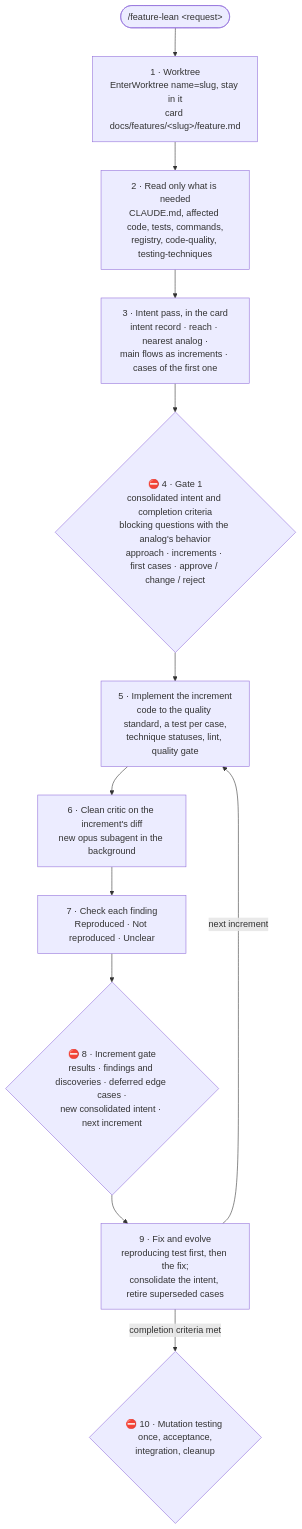
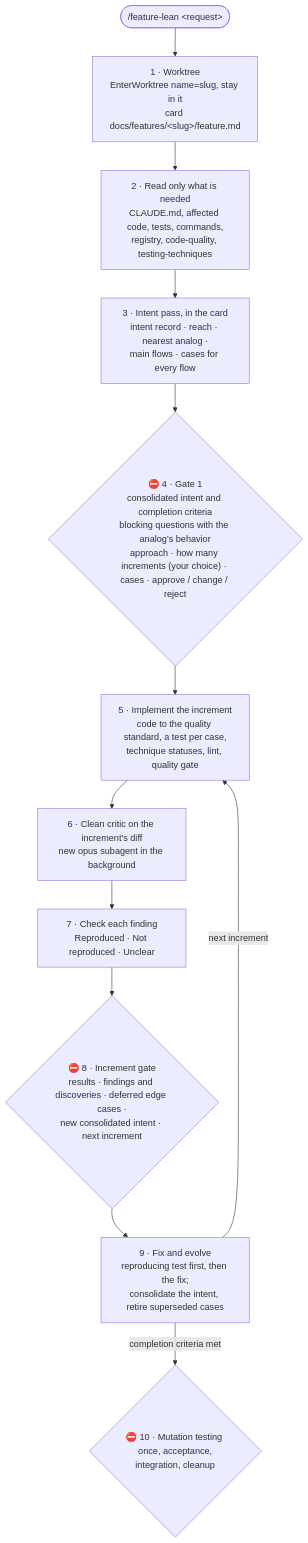
Before and after one commit to mariopedemonte12/claude-feature-workflow: the diagram in docs/lean.md, drawn with Mermaid. The commit also changed other lines of this file and 4 other files, not shown here.

First line of the commit message:
Let the programmer choose how many increments

````diff
--- a/docs/lean.md
+++ b/docs/lean.md
@@ -24,14 +24,14 @@
 ```mermaid
 flowchart TB
     R(["/feature-lean &lt;request&gt;"]) --> W["1 · Worktree<br/>EnterWorktree name=slug, stay in it<br/>card docs/features/&lt;slug&gt;/feature.md"]
     W --> RD["2 · Read only what is needed<br/>CLAUDE.md, affected code, tests, commands,<br/>registry, code-quality, testing-techniques"]
-    RD --> SP["3 · Intent pass, in the card<br/>intent record · reach · nearest analog ·<br/>main flows as increments · cases of the first one"]
-    SP --> G1{"⛔ 4 · Gate 1<br/>consolidated intent and completion criteria<br/>blocking questions with the analog's behavior<br/>approach · increments · first cases · approve / change / reject"}
+    RD --> SP["3 · Intent pass, in the card<br/>intent record · reach · nearest analog ·<br/>main flows · cases for every flow"]
+    SP --> G1{"⛔ 4 · Gate 1<br/>consolidated intent and completion criteria<br/>blocking questions with the analog's behavior<br/>approach · how many increments (your choice) · cases · approve / change / reject"}
     G1 --> IM["5 · Implement the increment<br/>code to the quality standard, a test per case,<br/>technique statuses, lint, quality gate"]
     IM --> CR["6 · Clean critic on the increment's diff<br/>new opus subagent in the background"]
     CR --> CK["7 · Check each finding<br/>Reproduced · Not reproduced · Unclear"]
     CK --> G2{"⛔ 8 · Increment gate<br/>results · findings and discoveries · deferred edge cases ·<br/>new consolidated intent · next increment"}
     G2 --> FX["9 · Fix and evolve<br/>reproducing test first, then the fix;<br/>consolidate the intent, retire superseded cases"]
     FX -->|"next increment"| IM
     FX -->|"completion criteria met"| G3{"⛔ 10 · Mutation testing once, acceptance,<br/>integration, cleanup"}
 ```
````
